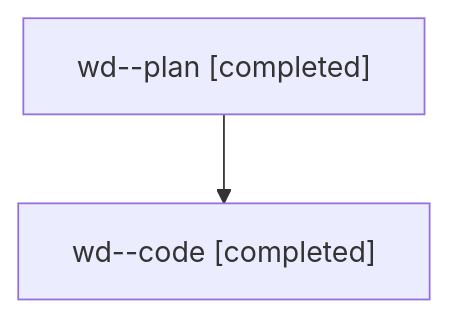
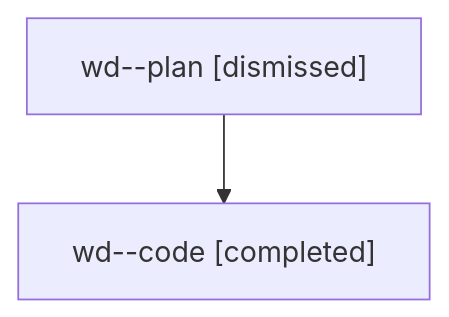
The diagram in families/bbugyi200.athena.wd.md (sase-org/sase--agents), drawn with Mermaid before and after one commit. The commit also changed other lines of this file and 1497 other files, not shown here.

````diff
--- a/families/bbugyi200.athena.wd.md
+++ b/families/bbugyi200.athena.wd.md
@@ -9,6 +9,6 @@
 ```mermaid
 flowchart TD
-  n0["wd--plan [completed]"]
+  n0["wd--plan [dismissed]"]
   n1["wd--code [completed]"]
   n0 --> n1
 ```
````
